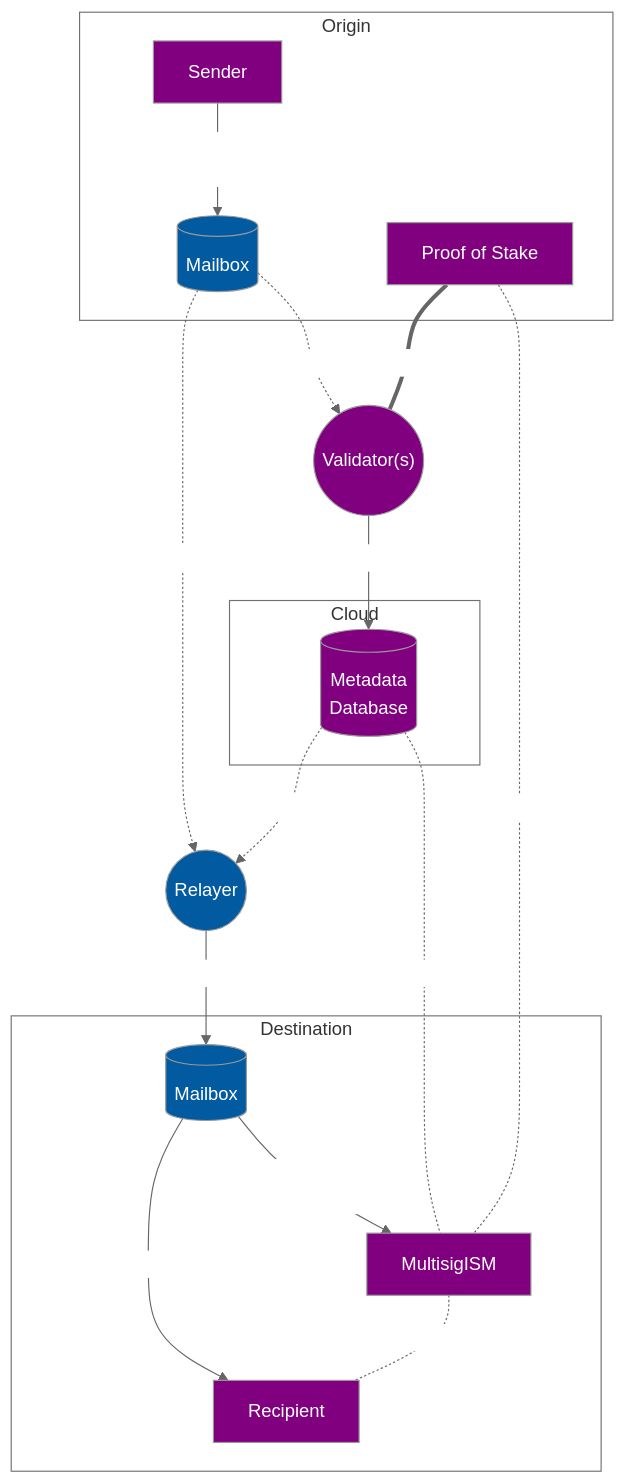
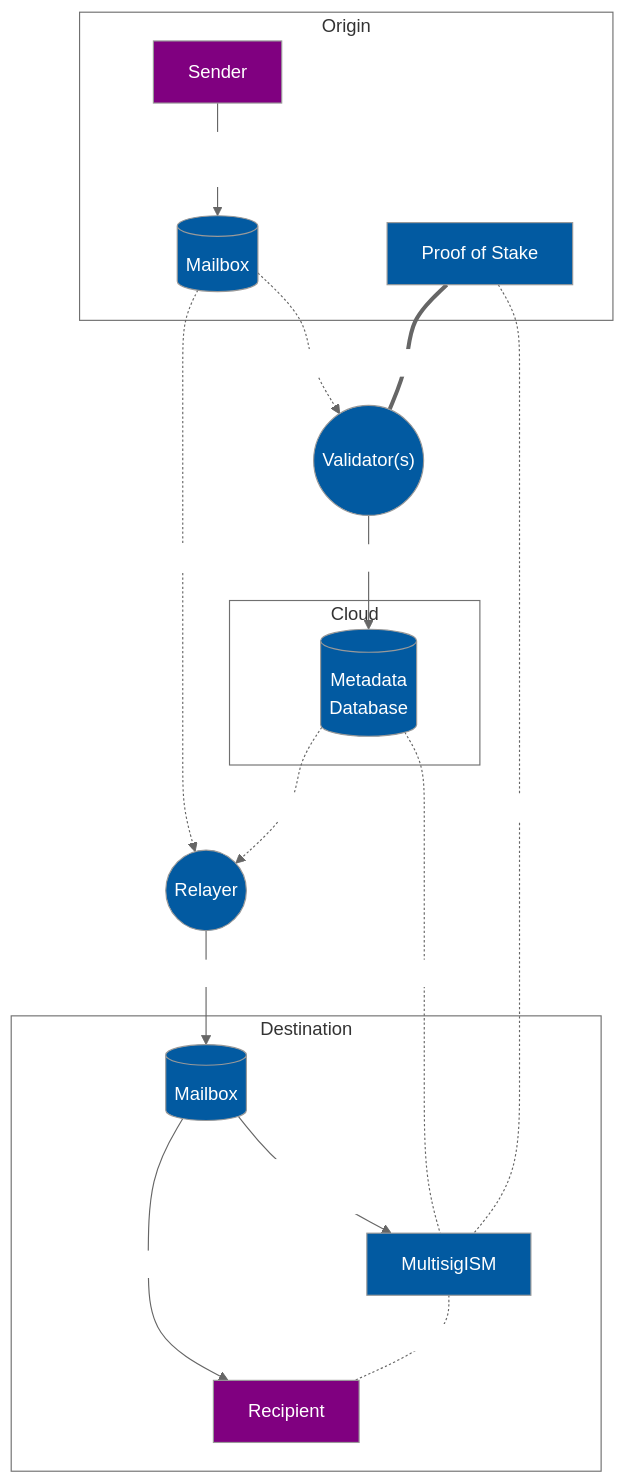
One commit to hyperlane-xyz/v2-docs changed the diagram in diagrams/multisig-pos-ism.md. Above: the diagram before and after it, drawn with Mermaid. The commit also changed 5 other files, not shown here.

Commit message:
More consistency in diagrams and styling

````diff
--- a/diagrams/multisig-pos-ism.md
+++ b/diagrams/multisig-pos-ism.md
@@ -1,59 +1,55 @@
 ```mermaid
 %%{ init: {
   "theme": "neutral",
   "themeVariables": {
     "mainBkg": "#025AA1",
     "textColor": "white",
     "clusterBkg": "white"
   },
   "themeCSS": ".edgeLabel { color: black }"
 }}%%
 
 flowchart TB
     V(("Validator(s)"))
     Relayer((Relayer))
 
     subgraph Origin
       Sender
       M_O[(Mailbox)]
       POS[Proof of Stake]
 
       Sender -- "dispatch(destination, recipient, body)" --> M_O
     end
 
     subgraph Cloud
       aws[(Metadata\nDatabase)]
     end
 
     M_O -. "indexing" .-> Relayer
     M_O -. "indexing" .-> V
     POS == "staking" === V
 
     V -- "signatures" --> aws
 
     subgraph Destination
       Recipient
       M_D[(Mailbox)]
       ISM[MultisigISM]
 
       M_D -- "verify(metadata, [origin, sender, body])" --> ISM
       M_D -- "handle(origin, sender, body)" --> Recipient
       ISM -. "interchainSecurityModule()" .- Recipient
     end
 
     Relayer -- "process()" --> M_D
 
     aws -. "metadata" .-> Relayer
     aws -. "moduleType()" .- ISM
 
     POS -. "validators()" .- ISM
 
     click ISM https://github.com/hyperlane-xyz/hyperlane-monorepo/blob/main/solidity/contracts/isms/MultisigIsm.sol
 
     style Sender fill:purple
     style Recipient fill:purple
-    style V fill:purple
-    style ISM fill:purple
-    style aws fill:purple
-    style POS fill:purple
 ```
````
